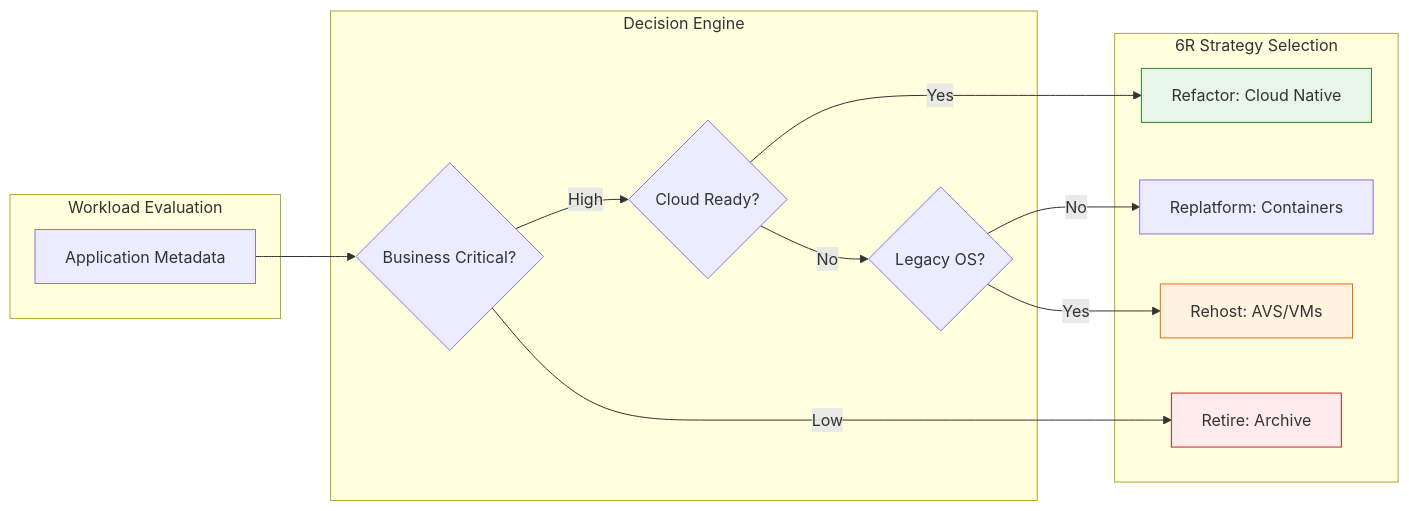
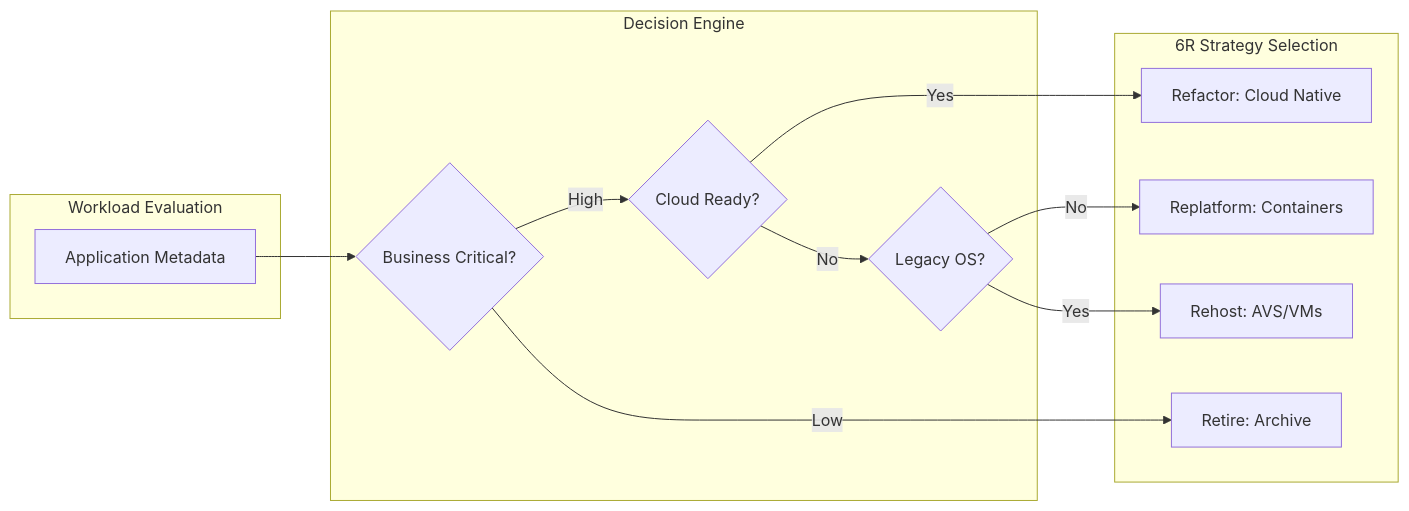
One commit to Devopstrio/vmware-to-cloud-playbook changed the third of 3 diagrams in README.md. Above: the diagram before and after it, drawn with Mermaid. The commit also changed other lines of this file, not shown here.

````diff
--- a/README.md
+++ b/README.md
@@ -180,31 +164,27 @@
 ```mermaid
 graph LR
     subgraph Input["Workload Evaluation"]
         App[Application Metadata]
     end
 
     subgraph Logic["Decision Engine"]
         Crit{Business Critical?}
         Legacy{Legacy OS?}
         Cloud{Cloud Ready?}
     end
 
     subgraph Outcome["6R Strategy Selection"]
         Refactor[Refactor: Cloud Native]
         Replatform[Replatform: Containers]
         Rehost[Rehost: AVS/VMs]
         Retire[Retire: Archive]
     end
 
     App --> Crit
     Crit -->|High| Cloud
     Crit -->|Low| Retire
     Cloud -->|Yes| Refactor
     Cloud -->|No| Legacy
     Legacy -->|Yes| Rehost
     Legacy -->|No| Replatform
-
-    style Refactor fill:#e8f5e9,stroke:#2e7d32
-    style Rehost fill:#fff3e0,stroke:#ef6c00
-    style Retire fill:#ffebee,stroke:#c62828
 ```
````
